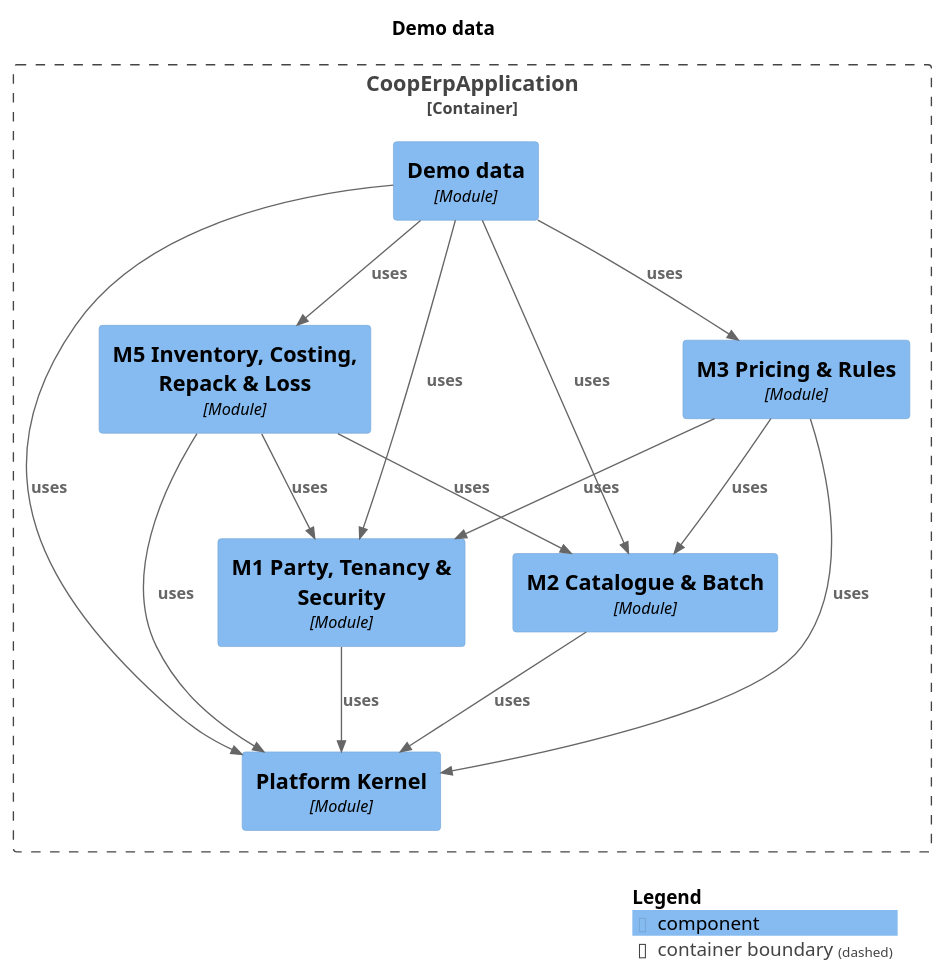
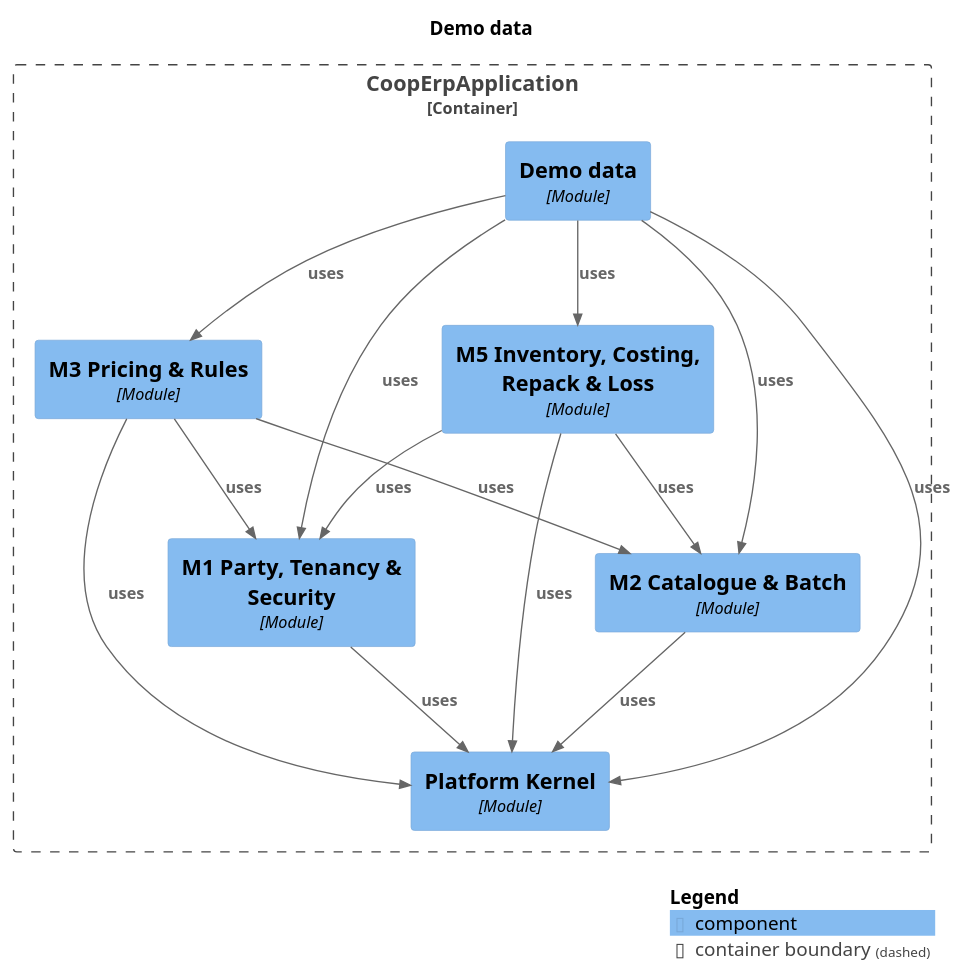
The diagram in docs/modules/module-demo.puml (Knoweb/COOP_ERP), drawn with PlantUML before and after one commit. The commit also changed other lines of this file and 15 other files, not shown here.

```diff
--- a/docs/modules/module-demo.puml
+++ b/docs/modules/module-demo.puml
@@ -1,35 +1,35 @@
 @startuml
 set separator none
 title Demo data
 
 top to bottom direction
 
 !include <C4/C4>
 !include <C4/C4_Context>
 !include <C4/C4_Component>
 
 Container_Boundary("CoopErpApplication.CoopErpApplication_boundary", "CoopErpApplication", $tags="") {
+  Component(CoopErpApplication.CoopErpApplication.M3PricingRules, "M3 Pricing & Rules", $techn="Module", $descr="", $tags="", $link="")
   Component(CoopErpApplication.CoopErpApplication.M5InventoryCostingRepackLoss, "M5 Inventory, Costing, Repack & Loss", $techn="Module", $descr="", $tags="", $link="")
   Component(CoopErpApplication.CoopErpApplication.Demodata, "Demo data", $techn="Module", $descr="", $tags="", $link="")
   Component(CoopErpApplication.CoopErpApplication.PlatformKernel, "Platform Kernel", $techn="Module", $descr="", $tags="", $link="")
   Component(CoopErpApplication.CoopErpApplication.M1PartyTenancySecurity, "M1 Party, Tenancy & Security", $techn="Module", $descr="", $tags="", $link="")
   Component(CoopErpApplication.CoopErpApplication.M2CatalogueBatch, "M2 Catalogue & Batch", $techn="Module", $descr="", $tags="", $link="")
-  Component(CoopErpApplication.CoopErpApplication.M3PricingRules, "M3 Pricing & Rules", $techn="Module", $descr="", $tags="", $link="")
 }
 
+Rel(CoopErpApplication.CoopErpApplication.M1PartyTenancySecurity, CoopErpApplication.CoopErpApplication.PlatformKernel, "uses", $techn="", $tags="", $link="")
+Rel(CoopErpApplication.CoopErpApplication.M2CatalogueBatch, CoopErpApplication.CoopErpApplication.PlatformKernel, "uses", $techn="", $tags="", $link="")
+Rel(CoopErpApplication.CoopErpApplication.M5InventoryCostingRepackLoss, CoopErpApplication.CoopErpApplication.PlatformKernel, "uses", $techn="", $tags="", $link="")
+Rel(CoopErpApplication.CoopErpApplication.M5InventoryCostingRepackLoss, CoopErpApplication.CoopErpApplication.M2CatalogueBatch, "uses", $techn="", $tags="", $link="")
+Rel(CoopErpApplication.CoopErpApplication.M5InventoryCostingRepackLoss, CoopErpApplication.CoopErpApplication.M1PartyTenancySecurity, "uses", $techn="", $tags="", $link="")
+Rel(CoopErpApplication.CoopErpApplication.Demodata, CoopErpApplication.CoopErpApplication.PlatformKernel, "uses", $techn="", $tags="", $link="")
 Rel(CoopErpApplication.CoopErpApplication.Demodata, CoopErpApplication.CoopErpApplication.M1PartyTenancySecurity, "uses", $techn="", $tags="", $link="")
 Rel(CoopErpApplication.CoopErpApplication.Demodata, CoopErpApplication.CoopErpApplication.M2CatalogueBatch, "uses", $techn="", $tags="", $link="")
 Rel(CoopErpApplication.CoopErpApplication.Demodata, CoopErpApplication.CoopErpApplication.M3PricingRules, "uses", $techn="", $tags="", $link="")
 Rel(CoopErpApplication.CoopErpApplication.Demodata, CoopErpApplication.CoopErpApplication.M5InventoryCostingRepackLoss, "uses", $techn="", $tags="", $link="")
-Rel(CoopErpApplication.CoopErpApplication.Demodata, CoopErpApplication.CoopErpApplication.PlatformKernel, "uses", $techn="", $tags="", $link="")
-Rel(CoopErpApplication.CoopErpApplication.M1PartyTenancySecurity, CoopErpApplication.CoopErpApplication.PlatformKernel, "uses", $techn="", $tags="", $link="")
-Rel(CoopErpApplication.CoopErpApplication.M2CatalogueBatch, CoopErpApplication.CoopErpApplication.PlatformKernel, "uses", $techn="", $tags="", $link="")
-Rel(CoopErpApplication.CoopErpApplication.M3PricingRules, CoopErpApplication.CoopErpApplication.M1PartyTenancySecurity, "uses", $techn="", $tags="", $link="")
 Rel(CoopErpApplication.CoopErpApplication.M3PricingRules, CoopErpApplication.CoopErpApplication.M2CatalogueBatch, "uses", $techn="", $tags="", $link="")
 Rel(CoopErpApplication.CoopErpApplication.M3PricingRules, CoopErpApplication.CoopErpApplication.PlatformKernel, "uses", $techn="", $tags="", $link="")
-Rel(CoopErpApplication.CoopErpApplication.M5InventoryCostingRepackLoss, CoopErpApplication.CoopErpApplication.M1PartyTenancySecurity, "uses", $techn="", $tags="", $link="")
-Rel(CoopErpApplication.CoopErpApplication.M5InventoryCostingRepackLoss, CoopErpApplication.CoopErpApplication.M2CatalogueBatch, "uses", $techn="", $tags="", $link="")
-Rel(CoopErpApplication.CoopErpApplication.M5InventoryCostingRepackLoss, CoopErpApplication.CoopErpApplication.PlatformKernel, "uses", $techn="", $tags="", $link="")
+Rel(CoopErpApplication.CoopErpApplication.M3PricingRules, CoopErpApplication.CoopErpApplication.M1PartyTenancySecurity, "uses", $techn="", $tags="", $link="")
 
 SHOW_LEGEND(true)
 @enduml
```
